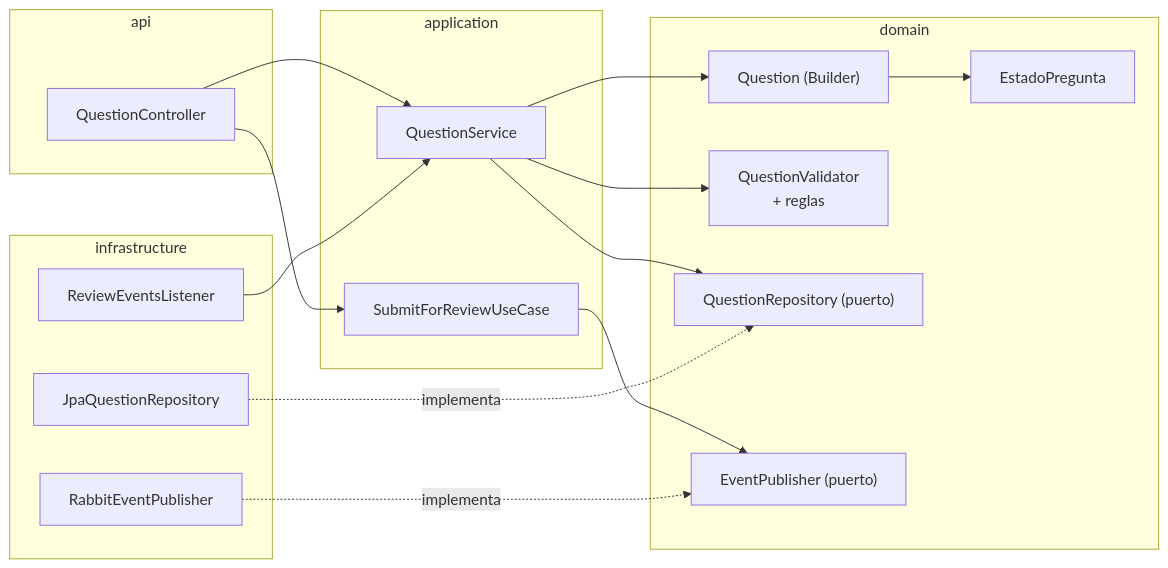
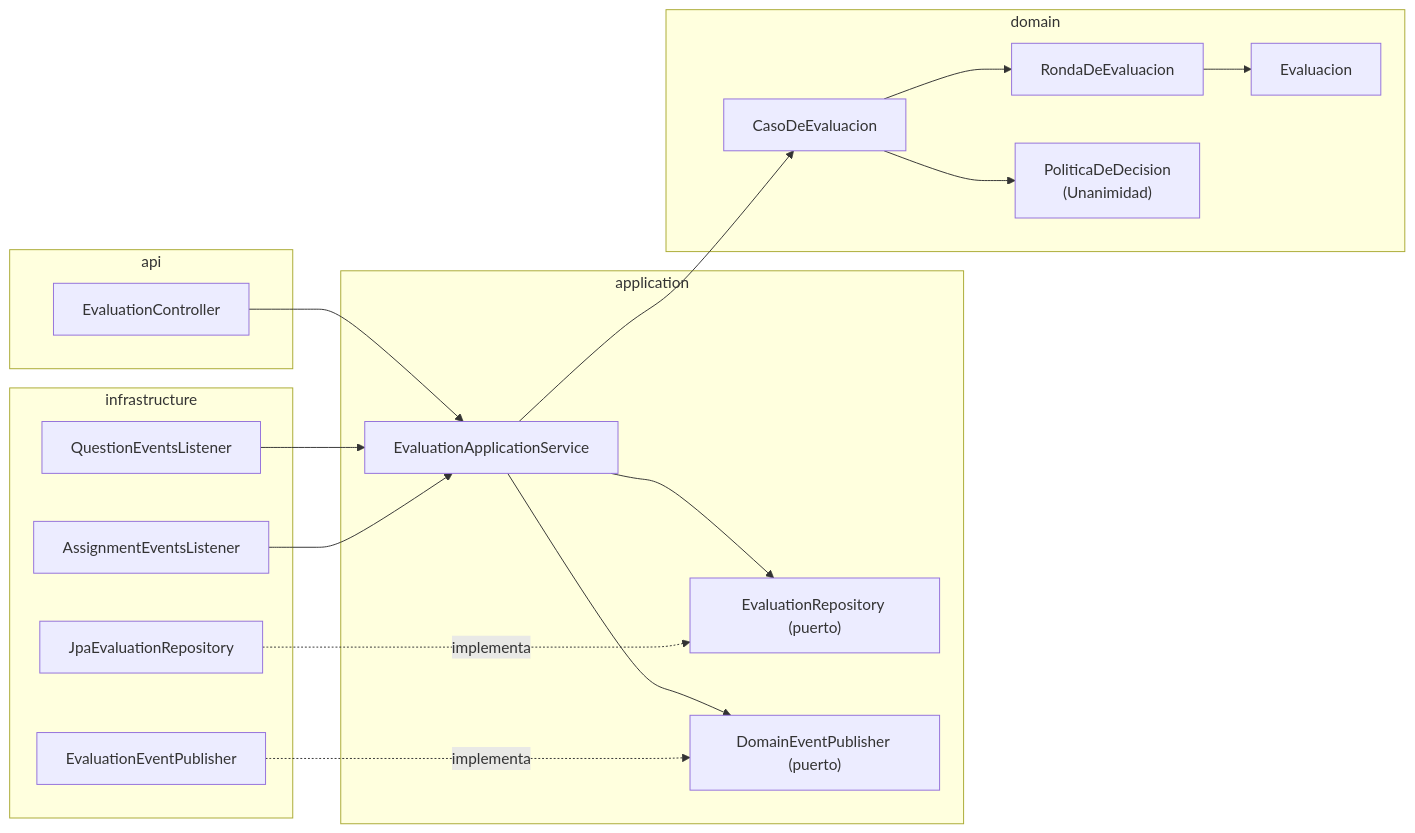
Before and after one commit to DVLASZ/banco-preguntas-saberpro: the sixth of 27 diagrams in docs/corte-2/03-arquitectura-c4-uml.md, drawn with Mermaid. The commit also changed other lines of this file and 83 other files, not shown here.

Commit message:
Documentación de la arquitectura de 14 servicios: historias, contextos y eventos, C4, patrones y prototipos, con todos los diagramas

````diff
--- a/docs/corte-2/03-arquitectura-c4-uml.md
+++ b/docs/corte-2/03-arquitectura-c4-uml.md
@@ -133,32 +224,34 @@
 ```mermaid
 flowchart LR
   subgraph api
-    QC["QuestionController"]
+    EC["EvaluationController"]
   end
   subgraph application
-    QSV["QuestionService"]
-    SUB["SubmitForReviewUseCase"]
+    EAS["EvaluationApplicationService"]
+    ER["EvaluationRepository (puerto)"]
+    EP["DomainEventPublisher (puerto)"]
   end
   subgraph domain
-    Q["Question (Builder)"]
-    EST["EstadoPregunta"]
-    VAL["QuestionValidator<br/>+ reglas"]
-    QR["QuestionRepository (puerto)"]
-    QP["EventPublisher (puerto)"]
+    CASE["CasoDeEvaluacion"]
+    RON["RondaDeEvaluacion"]
+    EVA["Evaluacion"]
+    POL["PoliticaDeDecision<br/>(Unanimidad)"]
   end
   subgraph infrastructure
-    QJ["JpaQuestionRepository"]
-    QPUB["RabbitEventPublisher"]
-    QL["ReviewEventsListener"]
+    JPA["JpaEvaluationRepository"]
+    PUB["EvaluationEventPublisher"]
+    QL["QuestionEventsListener"]
+    AL["AssignmentEventsListener"]
   end
-  QC --> QSV
-  QC --> SUB
-  QSV --> Q
-  QSV --> VAL
-  Q --> EST
-  QSV --> QR
-  SUB --> QP
-  QJ -. implementa .-> QR
-  QPUB -. implementa .-> QP
-  QL --> QSV
+  EC --> EAS
+  EAS --> CASE
+  CASE --> RON
+  RON --> EVA
+  CASE --> POL
+  EAS --> ER
+  EAS --> EP
+  JPA -. implementa .-> ER
+  PUB -. implementa .-> EP
+  QL --> EAS
+  AL --> EAS
 ```
````
